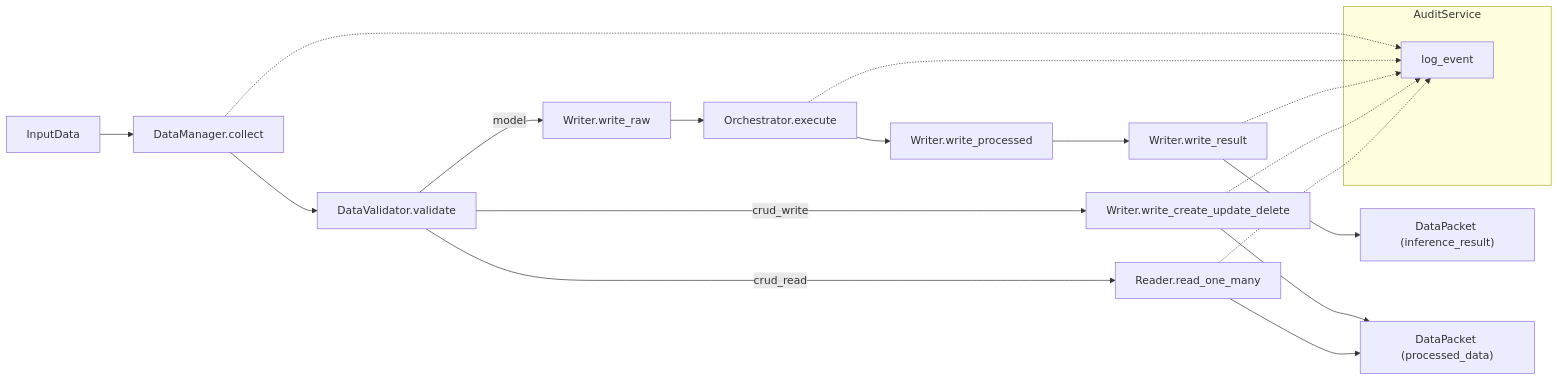
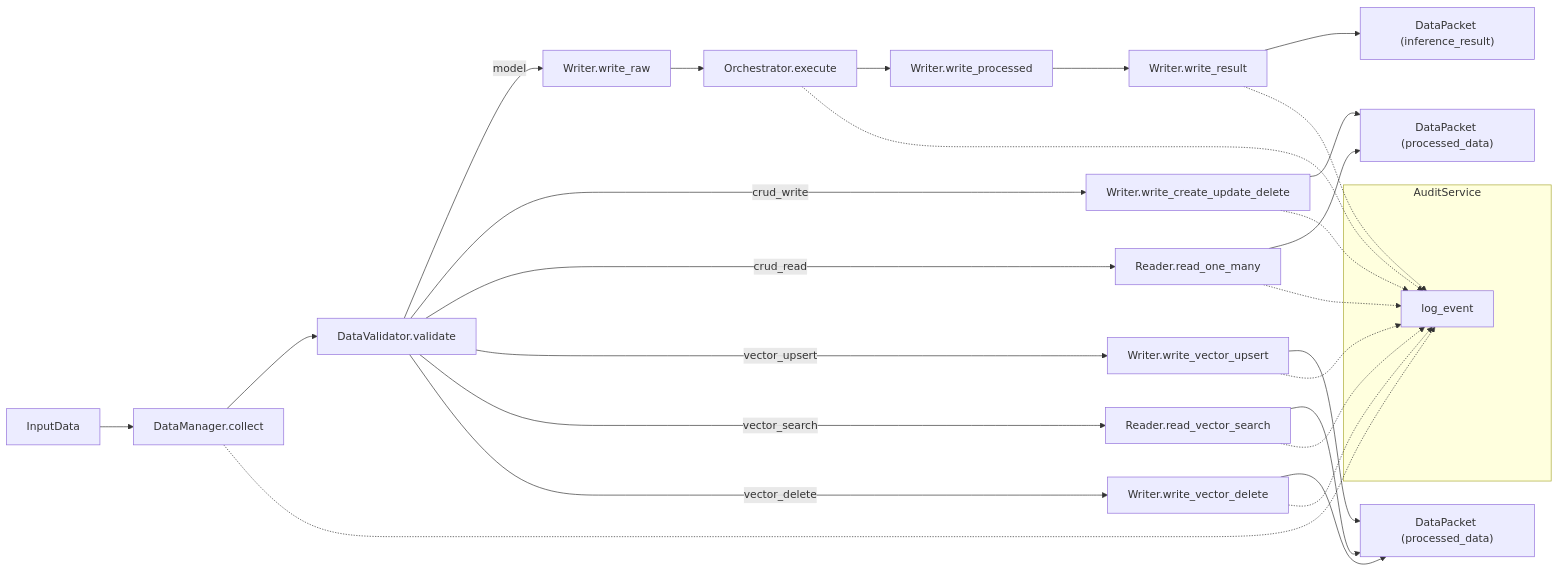
One commit to ianuacare/ianua-library changed the diagram in docs/architecture.md. Above: the diagram before and after it, drawn with Mermaid. The commit also changed other lines of this file and 7 other files, not shown here.

````diff
--- a/docs/architecture.md
+++ b/docs/architecture.md
@@ -12,27 +13,39 @@
 ```mermaid
 flowchart LR
     inputData[InputData] --> collectStep[DataManager.collect]
     collectStep --> validateStep[DataValidator.validate]
 
     validateStep -->|model| writeRaw[Writer.write_raw]
     writeRaw --> executeStep[Orchestrator.execute]
     executeStep --> writeProcessed[Writer.write_processed]
     writeProcessed --> writeResult[Writer.write_result]
     writeResult --> modelResult["DataPacket (inference_result)"]
 
     validateStep -->|crud_write| crudWrite[Writer.write_create_update_delete]
     crudWrite --> crudResult["DataPacket (processed_data)"]
 
     validateStep -->|crud_read| crudRead[Reader.read_one_many]
     crudRead --> crudResult
 
+    validateStep -->|vector_upsert| vecUpsert[Writer.write_vector_upsert]
+    vecUpsert --> vecResult["DataPacket (processed_data)"]
+
+    validateStep -->|vector_search| vecSearch[Reader.read_vector_search]
+    vecSearch --> vecResult
+
+    validateStep -->|vector_delete| vecDelete[Writer.write_vector_delete]
+    vecDelete --> vecResult
+
     subgraph audit [AuditService]
         logEvent[log_event]
     end
 
     collectStep -.-> logEvent
     executeStep -.-> logEvent
     writeResult -.-> logEvent
     crudWrite -.-> logEvent
     crudRead -.-> logEvent
+    vecUpsert -.-> logEvent
+    vecSearch -.-> logEvent
+    vecDelete -.-> logEvent
 ```
````
